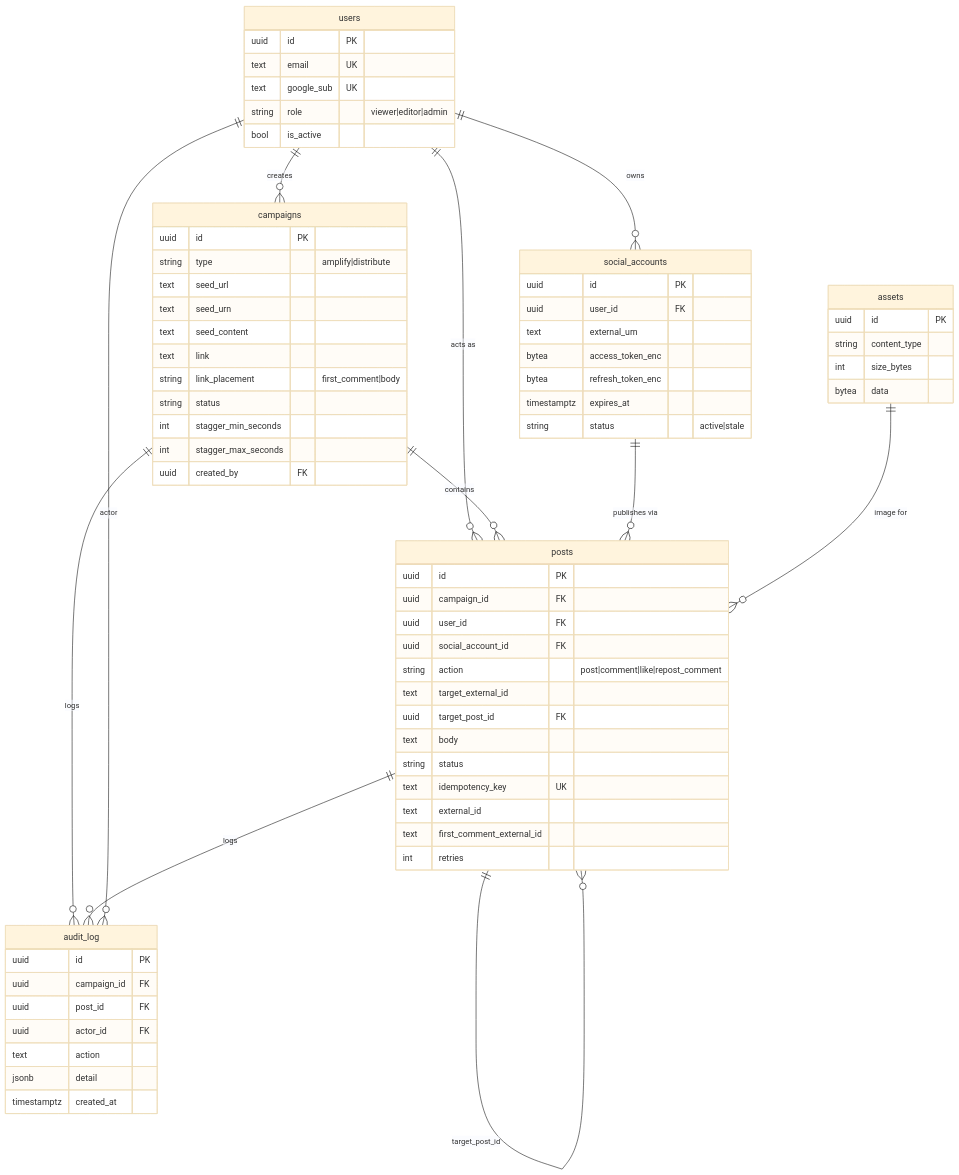
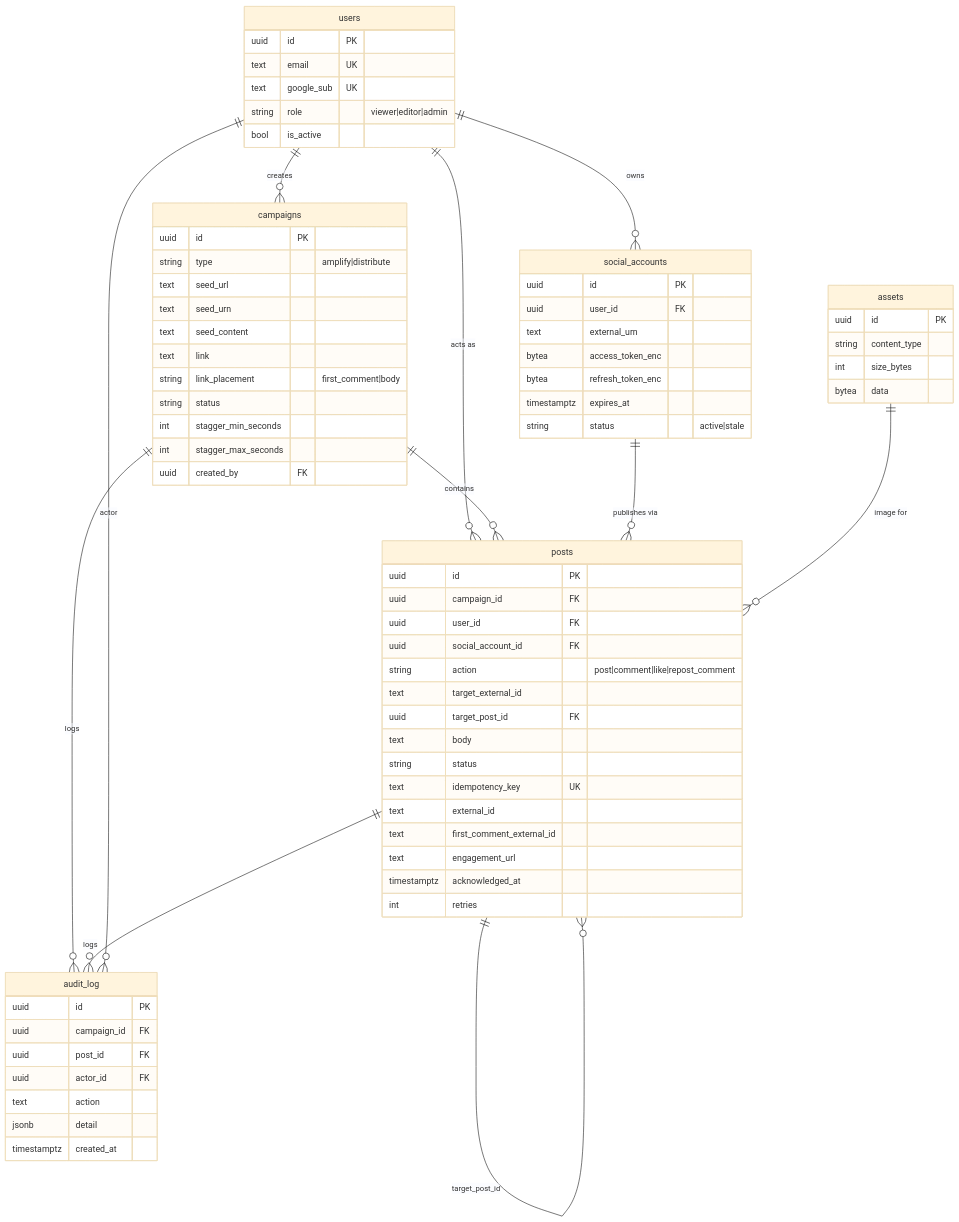
Before and after one commit to S1LV3RJ1NX/superHype: the fourth of 7 diagrams in ARCHITECTURE.md, drawn with Mermaid (base theme). The commit also changed other lines of this file and 35 other files, not shown here.

````diff
--- a/ARCHITECTURE.md
+++ b/ARCHITECTURE.md
@@ -159,73 +159,75 @@
 ```mermaid
 erDiagram
     users ||--o{ social_accounts : owns
     users ||--o{ campaigns : creates
     users ||--o{ posts : "acts as"
     campaigns ||--o{ posts : contains
     social_accounts ||--o{ posts : "publishes via"
     assets ||--o{ posts : "image for"
     posts ||--o{ posts : "target_post_id"
     campaigns ||--o{ audit_log : logs
     posts ||--o{ audit_log : logs
     users ||--o{ audit_log : actor
 
     users {
         uuid id PK
         text email UK
         text google_sub UK
         string role "viewer|editor|admin"
         bool is_active
     }
     social_accounts {
         uuid id PK
         uuid user_id FK
         text external_urn
         bytea access_token_enc
         bytea refresh_token_enc
         timestamptz expires_at
         string status "active|stale"
     }
     campaigns {
         uuid id PK
         string type "amplify|distribute"
         text seed_url
         text seed_urn
         text seed_content
         text link
         string link_placement "first_comment|body"
         string status
         int stagger_min_seconds
         int stagger_max_seconds
         uuid created_by FK
     }
     posts {
         uuid id PK
         uuid campaign_id FK
         uuid user_id FK
         uuid social_account_id FK
         string action "post|comment|like|repost_comment"
         text target_external_id
         uuid target_post_id FK
         text body
         string status
         text idempotency_key UK
         text external_id
         text first_comment_external_id
+        text engagement_url
+        timestamptz acknowledged_at
         int retries
     }
     assets {
         uuid id PK
         string content_type
         int size_bytes
         bytea data
     }
     audit_log {
         uuid id PK
         uuid campaign_id FK
         uuid post_id FK
         uuid actor_id FK
         text action
         jsonb detail
         timestamptz created_at
     }
 ```
````
